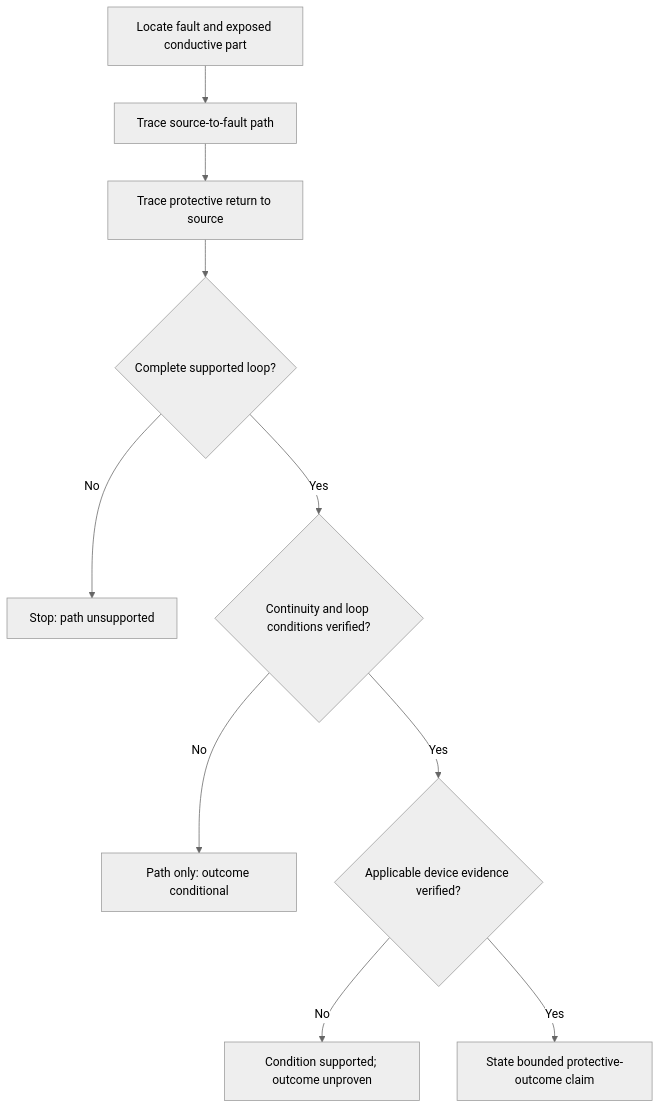
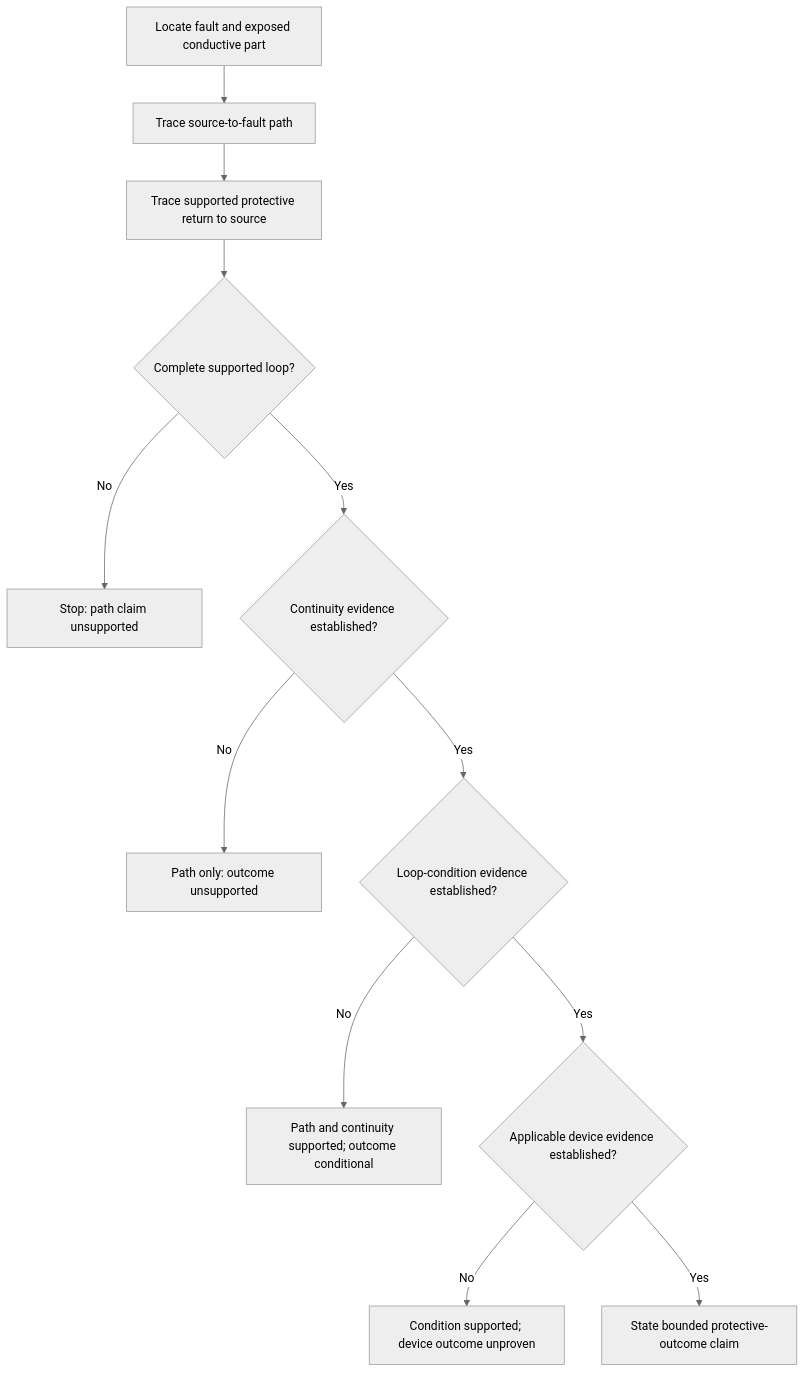
Before and after one commit to andrew3stedall/capstone: the first of 3 diagrams in docs/learning-plans/6-week/modules/day-10-earth-fault-current-path-and-disconnection-reasoning.md, drawn with Mermaid (neutral theme). The commit also changed other lines of this file, not shown here.

````diff
--- a/docs/learning-plans/6-week/modules/day-10-earth-fault-current-path-and-disconnection-reasoning.md
+++ b/docs/learning-plans/6-week/modules/day-10-earth-fault-current-path-and-disconnection-reasoning.md
@@ -114,12 +142,14 @@
 ```mermaid
 flowchart TD
     A["Locate fault and exposed conductive part"] --> B["Trace source-to-fault path"]
-    B --> C["Trace protective return to source"]
+    B --> C["Trace supported protective return to source"]
     C --> D{"Complete supported loop?"}
-    D -->|"No"| E["Stop: path unsupported"]
-    D -->|"Yes"| F{"Continuity and loop conditions verified?"}
-    F -->|"No"| G["Path only: outcome conditional"]
-    F -->|"Yes"| H{"Applicable device evidence verified?"}
-    H -->|"No"| I["Condition supported; outcome unproven"]
-    H -->|"Yes"| J["State bounded protective-outcome claim"]
+    D -->|"No"| E["Stop: path claim unsupported"]
+    D -->|"Yes"| F{"Continuity evidence established?"}
+    F -->|"No"| G["Path only: outcome unsupported"]
+    F -->|"Yes"| H{"Loop-condition evidence established?"}
+    H -->|"No"| I["Path and continuity supported; outcome conditional"]
+    H -->|"Yes"| J{"Applicable device evidence established?"}
+    J -->|"No"| K["Condition supported; device outcome unproven"]
+    J -->|"Yes"| L["State bounded protective-outcome claim"]
 ```
````
